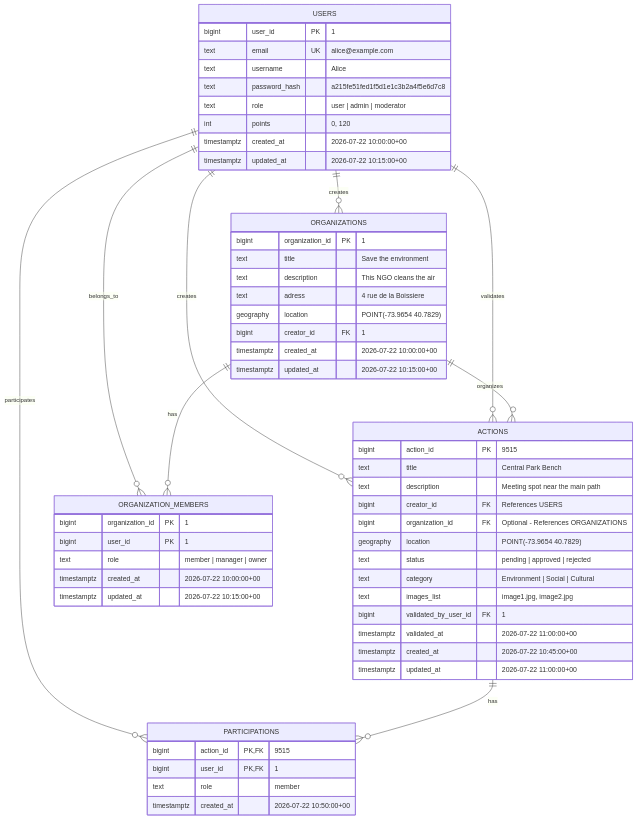
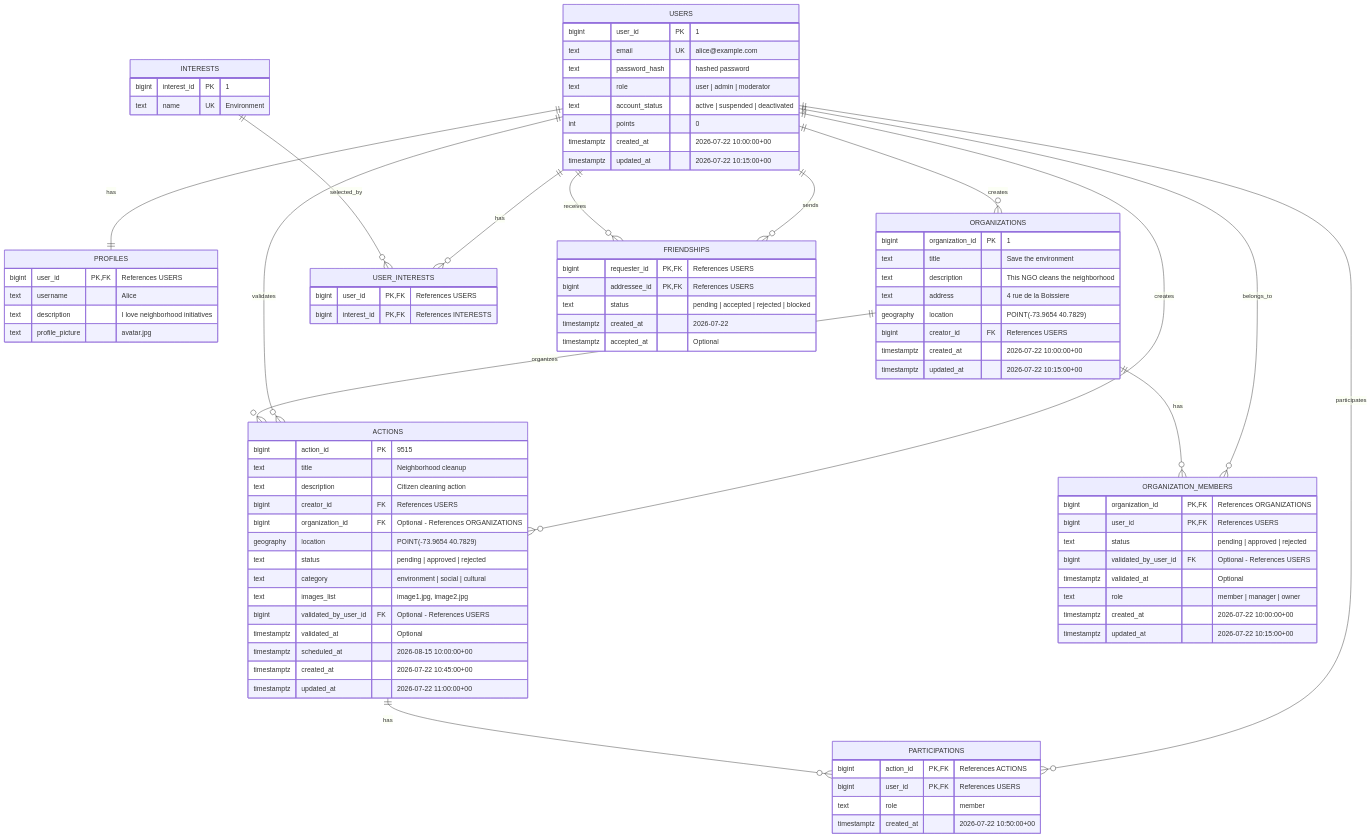
The diagram in Docs/database.md (Pioupiounade/Transcendance), drawn with Mermaid before and after one commit. The commit also changed other lines of this file and 1 other file, not shown here.

````diff
--- a/Docs/database.md
+++ b/Docs/database.md
@@ -5,5 +5,8 @@
 ```mermaid
-erDiagram
+   erDiagram
+
+	USERS ||--|| PROFILES : has
+
     USERS ||--o{ ACTIONS : creates
     USERS ||--o{ ACTIONS : validates
     USERS ||--o{ PARTICIPATIONS : participates
@@ -14,57 +17,91 @@
     ORGANIZATIONS ||--o{ ORGANIZATION_MEMBERS : has
     ORGANIZATIONS ||--o{ ACTIONS : organizes
 
-	USERS {
-		bigint user_id PK "1"
-		text email UK "alice@example.com"
-		text username "Alice"
-		text password_hash "a215fe51fed1f5d1e1c3b2a4f5e6d7c8"
-		text role "user | admin | moderator"
-		int points "0, 120"
-		timestamptz created_at "2026-07-22 10:00:00+00"
-		timestamptz updated_at "2026-07-22 10:15:00+00"
+    USERS ||--o{ USER_INTERESTS : has
+    INTERESTS ||--o{ USER_INTERESTS : selected_by
+
+    USERS ||--o{ FRIENDSHIPS : sends
+    USERS ||--o{ FRIENDSHIPS : receives
+
+    USERS {
+        bigint user_id PK "1"
+        text email UK "alice@example.com"
+        text password_hash "hashed password"
+        text role "user | admin | moderator"
+		text account_status "active | suspended | deactivated"
+        int points "0"
+        timestamptz created_at "2026-07-22 10:00:00+00"
+        timestamptz updated_at "2026-07-22 10:15:00+00"
+    }
+
+    PROFILES {
+        bigint user_id PK,FK "References USERS"
+        text username "Alice"
+        text description "I love neighborhood initiatives"
+        text profile_picture "avatar.jpg"
+    }
+
+    ACTIONS {
+        bigint action_id PK "9515"
+        text title "Neighborhood cleanup"
+        text description "Citizen cleaning action"
+        bigint creator_id FK "References USERS"
+        bigint organization_id FK "Optional - References ORGANIZATIONS"
+        geography location "POINT(-73.9654 40.7829)"
+        text status "pending | approved | rejected"
+        text category "environment | social | cultural"
+        text images_list "image1.jpg, image2.jpg"
+        bigint validated_by_user_id FK "Optional - References USERS"
+        timestamptz validated_at "Optional"
+        timestamptz scheduled_at "2026-08-15 10:00:00+00"
+        timestamptz created_at "2026-07-22 10:45:00+00"
+        timestamptz updated_at "2026-07-22 11:00:00+00"
+    }
+
+    PARTICIPATIONS {
+        bigint action_id PK,FK "References ACTIONS"
+        bigint user_id PK,FK "References USERS"
+        text role "member"
+        timestamptz created_at "2026-07-22 10:50:00+00"
+    }
+
+    ORGANIZATIONS {
+        bigint organization_id PK "1"
+        text title "Save the environment"
+        text description "This NGO cleans the neighborhood"
+        text address "4 rue de la Boissiere"
+        geography location "POINT(-73.9654 40.7829)"
+        bigint creator_id FK "References USERS"
+        timestamptz created_at "2026-07-22 10:00:00+00"
+        timestamptz updated_at "2026-07-22 10:15:00+00"
+    }
+
+    ORGANIZATION_MEMBERS {
+        bigint organization_id PK,FK "References ORGANIZATIONS"
+        bigint user_id PK,FK "References USERS"
+        text status "pending | approved | rejected"
+        bigint validated_by_user_id FK "Optional - References USERS"
+        timestamptz validated_at "Optional"
+        text role "member | manager | owner"
+        timestamptz created_at "2026-07-22 10:00:00+00"
+        timestamptz updated_at "2026-07-22 10:15:00+00"
+    }
+
+	FRIENDSHIPS {
+    	bigint requester_id PK,FK "References USERS"
+    	bigint addressee_id PK,FK "References USERS"
+    	text status "pending | accepted | rejected | blocked"
+    	timestamptz created_at "2026-07-22"
+    	timestamptz accepted_at "Optional"
 	}
 
-	ACTIONS {
-		bigint action_id PK "9515"
-		text title "Central Park Bench"
-		text description "Meeting spot near the main path"
-        bigint creator_id FK "References USERS"
-        bigint organization_id FK "Optional - References ORGANIZATIONS"
-		geography location "POINT(-73.9654 40.7829)"
-		text status "pending | approved | rejected"
-		text category "Environment | Social | Cultural"
-		text images_list "image1.jpg, image2.jpg"
-		bigint validated_by_user_id FK "1"
-		timestamptz validated_at "2026-07-22 11:00:00+00"
-		timestamptz created_at "2026-07-22 10:45:00+00"
-		timestamptz updated_at "2026-07-22 11:00:00+00"
-	}
+    INTERESTS {
+        bigint interest_id PK "1"
+        text name UK "Environment"
+    }
 
-	PARTICIPATIONS {
-		bigint action_id PK, FK "9515"
-		bigint user_id PK, FK "1"
-		text role "member"
-		timestamptz created_at "2026-07-22 10:50:00+00"
-	}
-
-	ORGANIZATIONS {
-		bigint organization_id PK "1"
-		text title "Save the environment"
-		text description "This NGO cleans the air"
-		text adress "4 rue de la Boissiere"
-		geography location "POINT(-73.9654 40.7829)"
-		bigint creator_id FK "1"
-		timestamptz created_at "2026-07-22 10:00:00+00"
-		timestamptz updated_at "2026-07-22 10:15:00+00"
-	}
-
-	ORGANIZATION_MEMBERS {
-		bigint organization_id PK "1"
-		bigint user_id PK "1"
-		text role "member | manager | owner"
-		timestamptz created_at "2026-07-22 10:00:00+00"
-		timestamptz updated_at "2026-07-22 10:15:00+00"
-	}
-
+    USER_INTERESTS {
+        bigint user_id PK,FK "References USERS"
+        bigint interest_id PK,FK "References INTERESTS"
+    }
 ```
````
